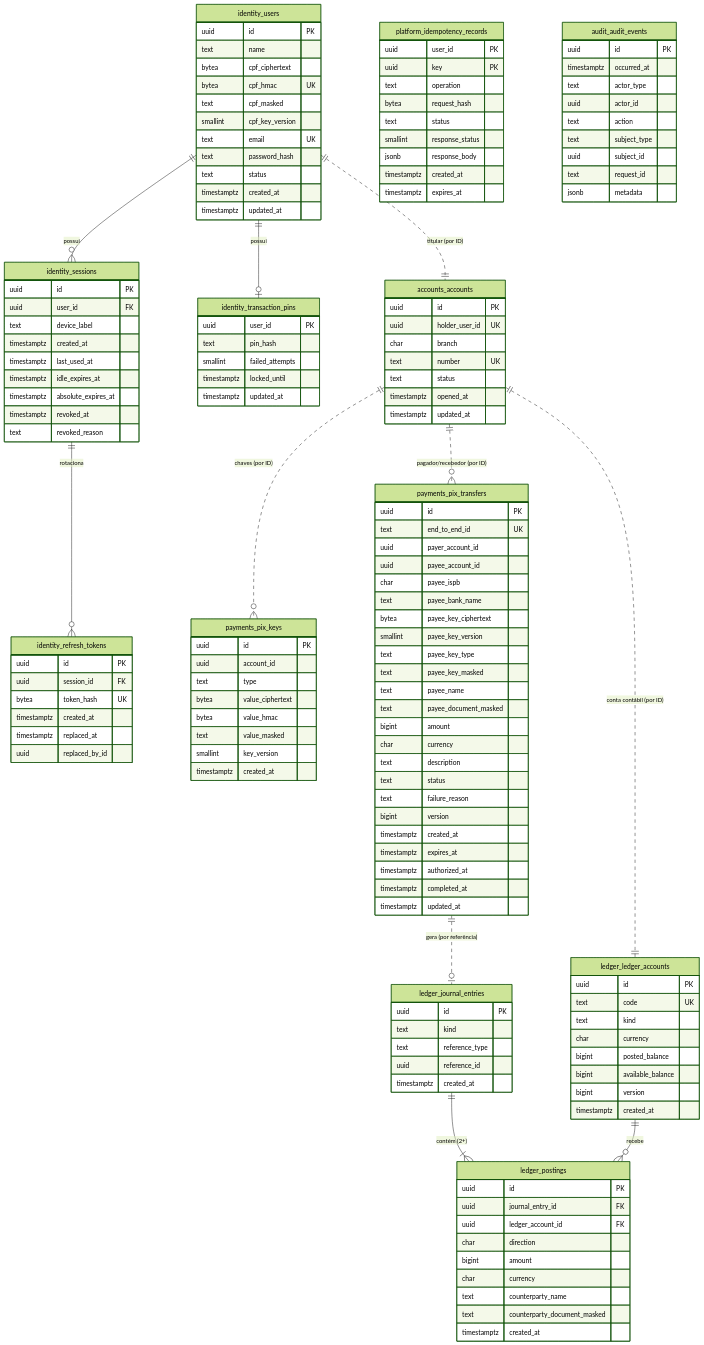
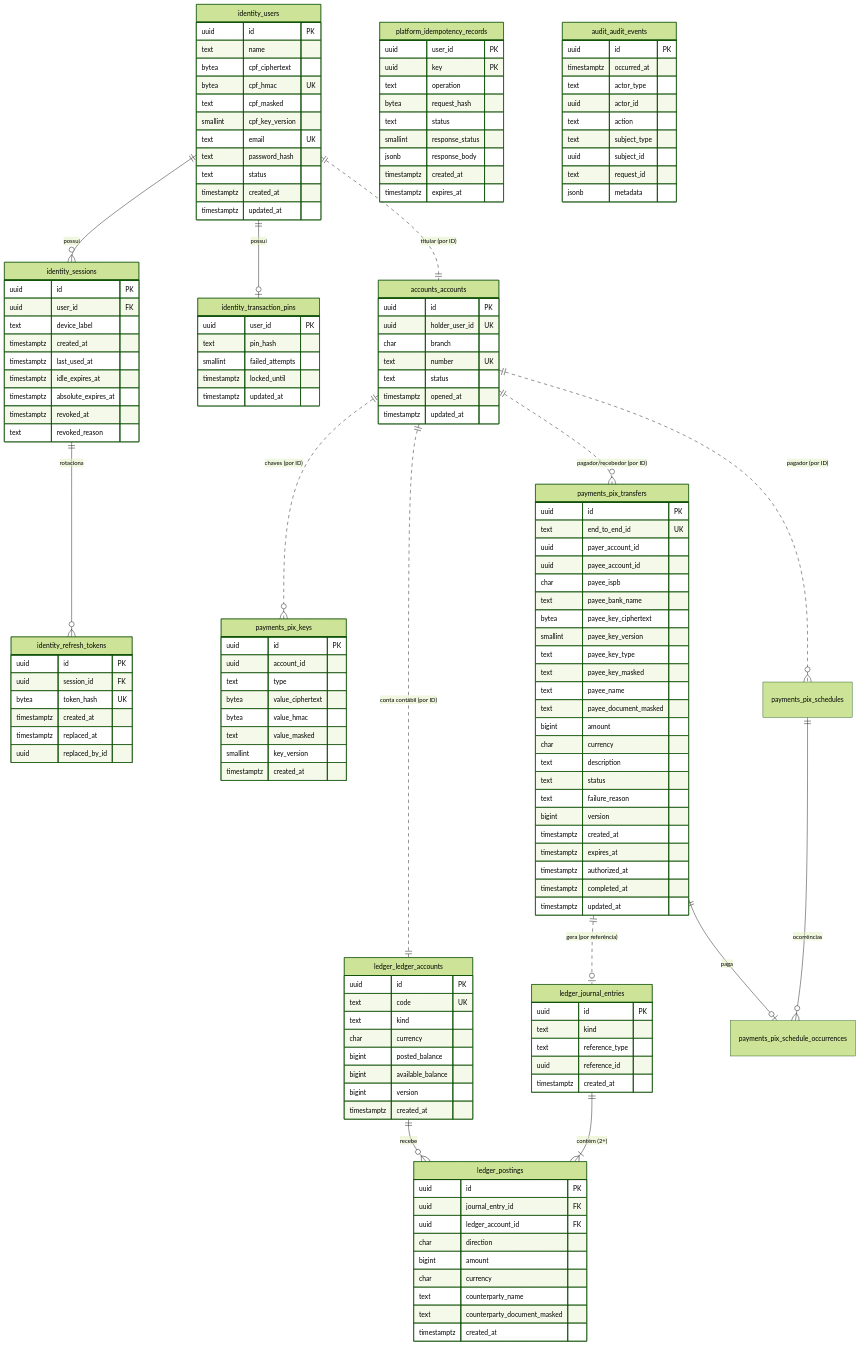
The diagram in docs/architecture/database.md (renatomf/next-bank), drawn with Mermaid (forest theme) before and after one commit. The commit also changed other lines of this file and 3 other files, not shown here.

```diff
--- a/docs/architecture/database.md
+++ b/docs/architecture/database.md
@@ -58,6 +58,9 @@
     ledger_ledger_accounts ||--o{ ledger_postings : "recebe"
     accounts_accounts ||..o{ payments_pix_keys : "chaves (por ID)"
     accounts_accounts ||..o{ payments_pix_transfers : "pagador/recebedor (por ID)"
+    accounts_accounts ||..o{ payments_pix_schedules : "pagador (por ID)"
+    payments_pix_schedules ||--o{ payments_pix_schedule_occurrences : "ocorrências"
+    payments_pix_transfers ||--o| payments_pix_schedule_occurrences : "paga"
     payments_pix_transfers ||..o| ledger_journal_entries : "gera (por referência)"
 
     identity_users {
```
